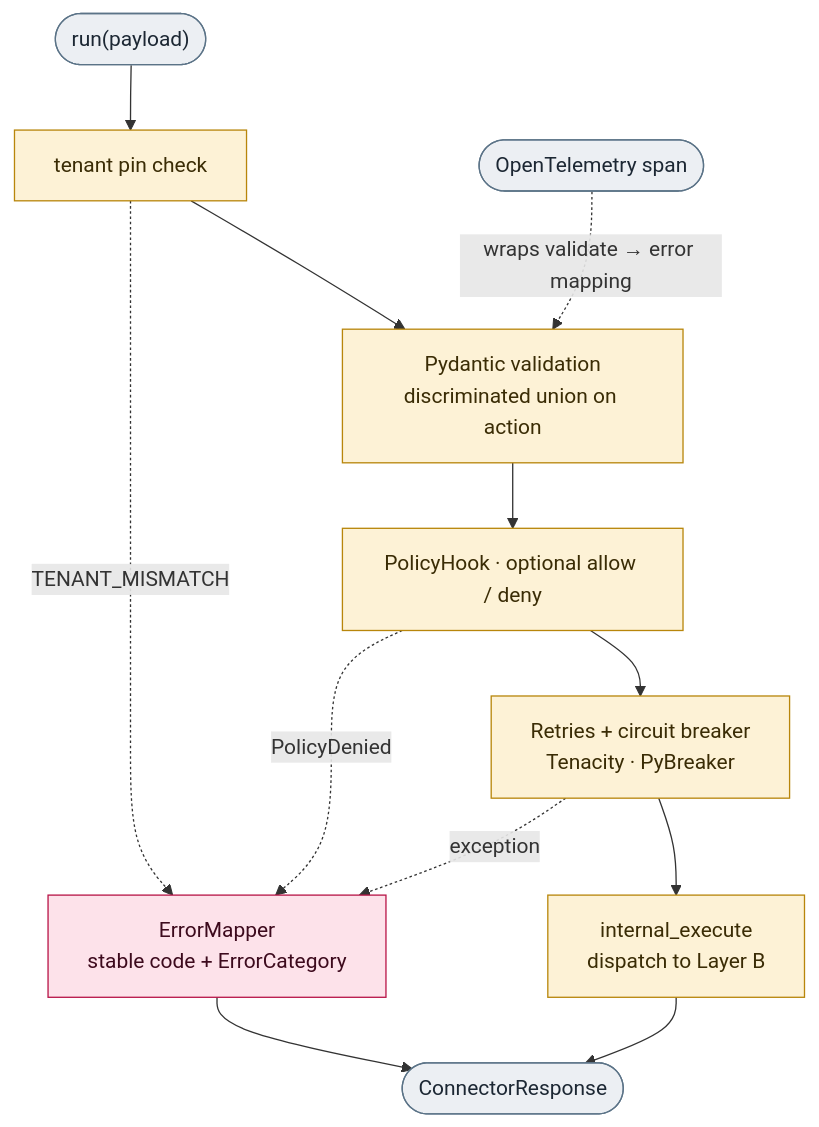
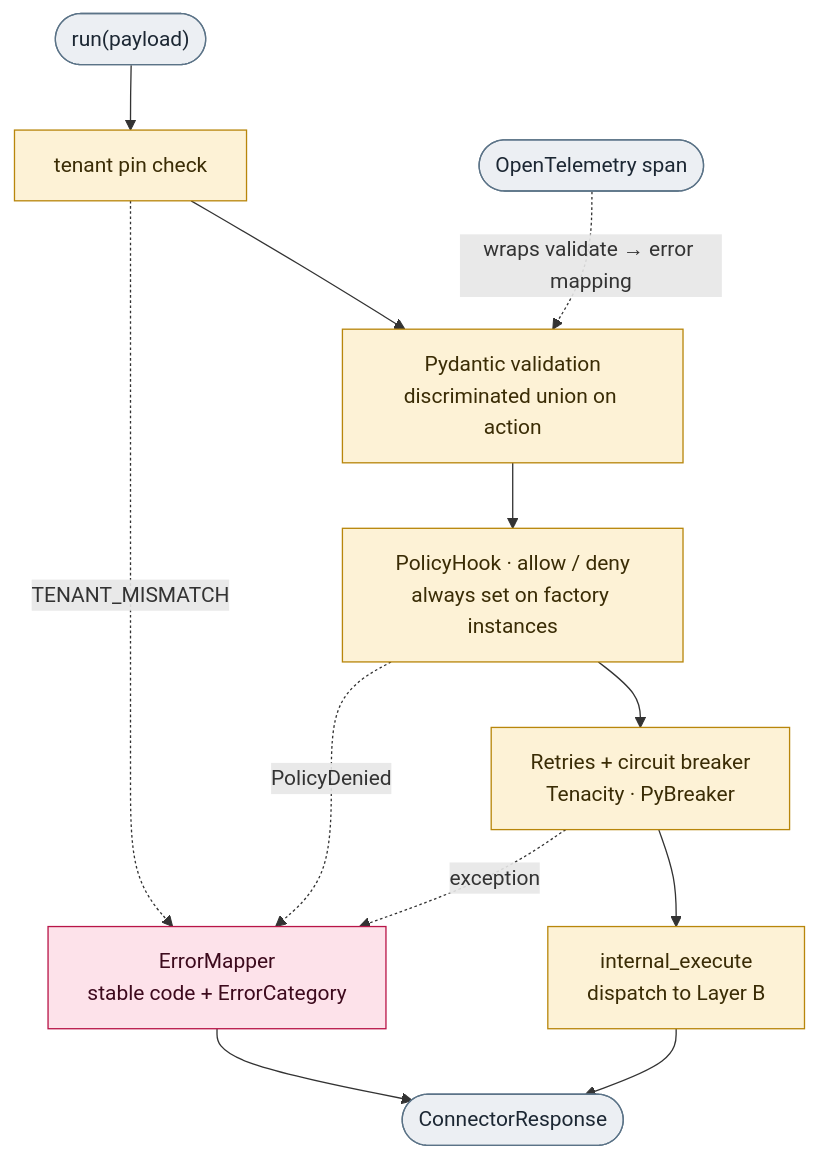
One commit to AOT-Technologies/node-wire changed the third of 3 diagrams in docs/architecture.md. Above: the diagram before and after it, drawn with Mermaid. The commit also changed other lines of this file and 17 other files, not shown here.

````diff
--- a/docs/architecture.md
+++ b/docs/architecture.md
@@ -129,27 +129,27 @@
 ```mermaid
 flowchart TB
     In(["run(payload)"]) --> Pin["tenant pin check"]
     Pin --> Val
     Pin -. "TENANT_MISMATCH" .-> Err
 
     Val["Pydantic validation<br/>discriminated union on action"]
-    Pol["PolicyHook · optional allow / deny"]
+    Pol["PolicyHook · allow / deny<br/>always set on factory instances"]
     Res["Retries + circuit breaker<br/>Tenacity · PyBreaker"]
     Exec["internal_execute<br/>dispatch to Layer B"]
     Val --> Pol --> Res --> Exec
     Otel(["OpenTelemetry span"]) -. "wraps validate → error mapping" .-> Val
 
     Err["ErrorMapper<br/>stable code + ErrorCategory"]
     Pol -. "PolicyDenied" .-> Err
     Res -. "exception" .-> Err
     Exec --> Out(["ConnectorResponse"])
     Err --> Out
 
     classDef step fill:#fdf2d6,stroke:#b8860b,stroke-width:1px,color:#3a2c05
     classDef term fill:#eceff3,stroke:#5b7387,stroke-width:1px,color:#1c2733
     classDef err fill:#fde2ea,stroke:#b81548,stroke-width:1px,color:#3d0a1d
     class Pin,Val,Pol,Res,Exec step
     class In,Out term
     class Err err
     class Otel term
 ```
````
